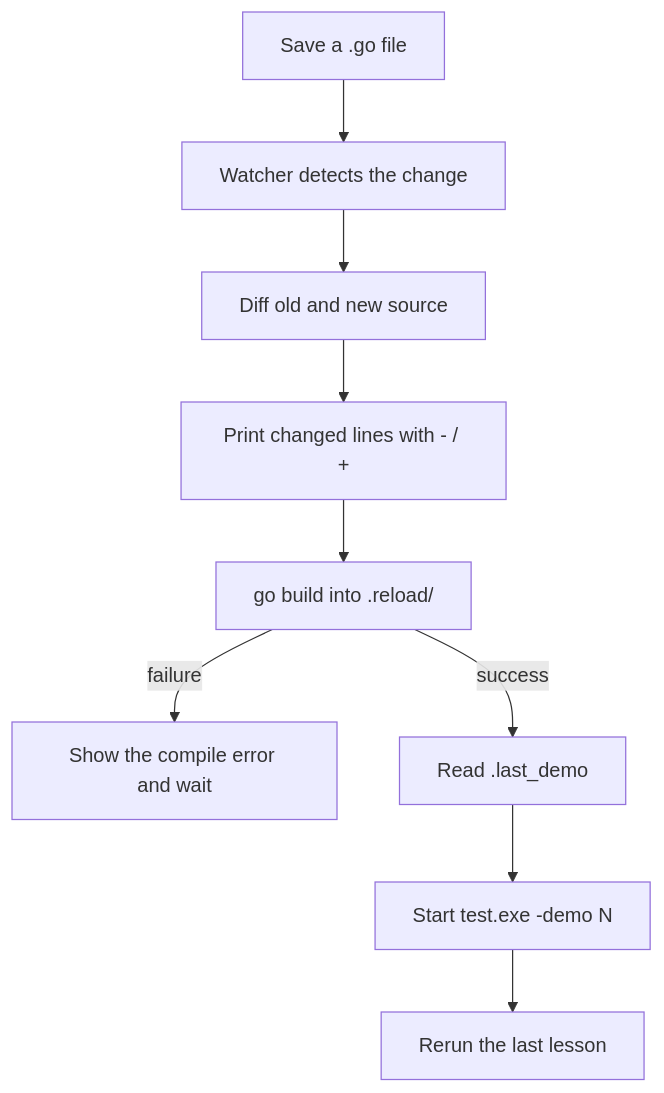
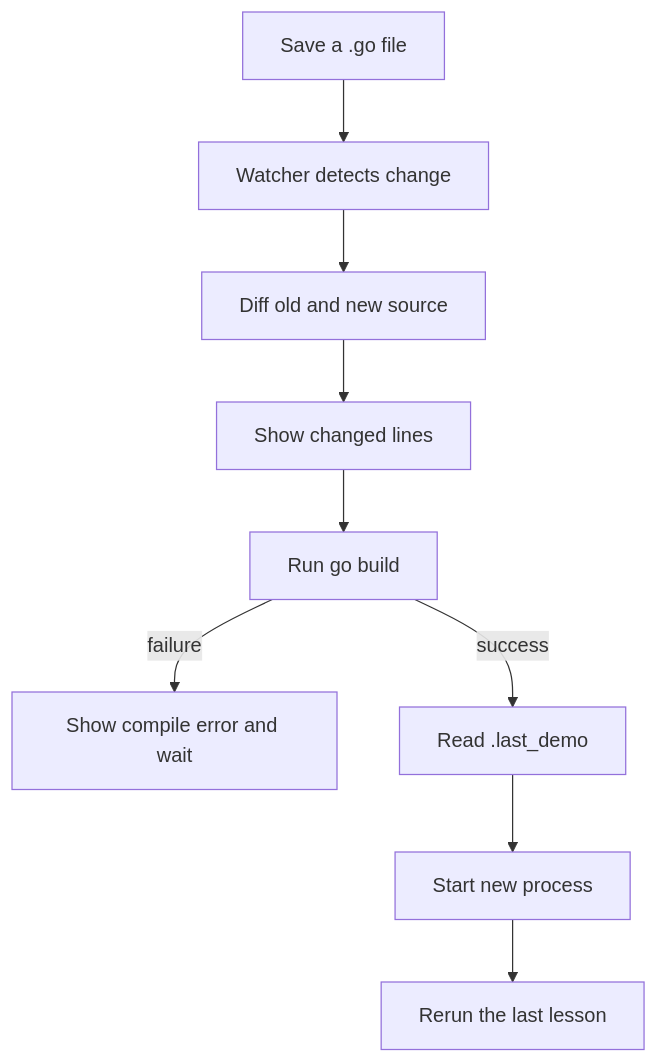
The diagram in README.en.md (neumannfeng/studyGo), drawn with Mermaid before and after one commit. The commit also changed other lines of this file and 1 other file, not shown here.

````diff
--- a/README.en.md
+++ b/README.en.md
@@ -285,11 +285,11 @@
 ```mermaid
 flowchart TD
-    A[Save a .go file] --> B[Watcher detects the change]
-    B --> C[Diff old and new source]
-    C --> D[Print changed lines with - / +]
-    D --> E[go build into .reload/]
-    E -->|failure| F[Show the compile error and wait]
-    E -->|success| G[Read .last_demo]
-    G --> H[Start test.exe -demo N]
-    H --> I[Rerun the last lesson]
+    A["Save a .go file"] --> B["Watcher detects change"]
+    B --> C["Diff old and new source"]
+    C --> D["Show changed lines"]
+    D --> E["Run go build"]
+    E -->|failure| F["Show compile error and wait"]
+    E -->|success| G["Read .last_demo"]
+    G --> H["Start new process"]
+    H --> I["Rerun the last lesson"]
 ```
````
